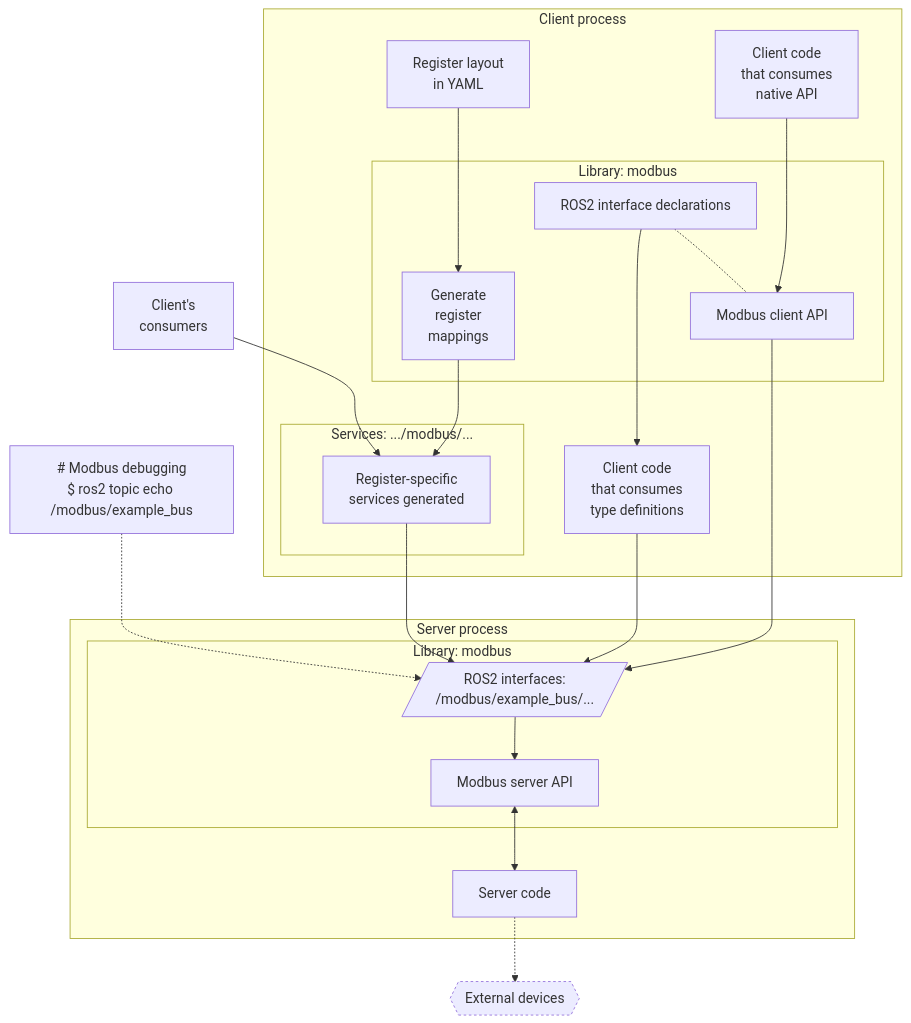
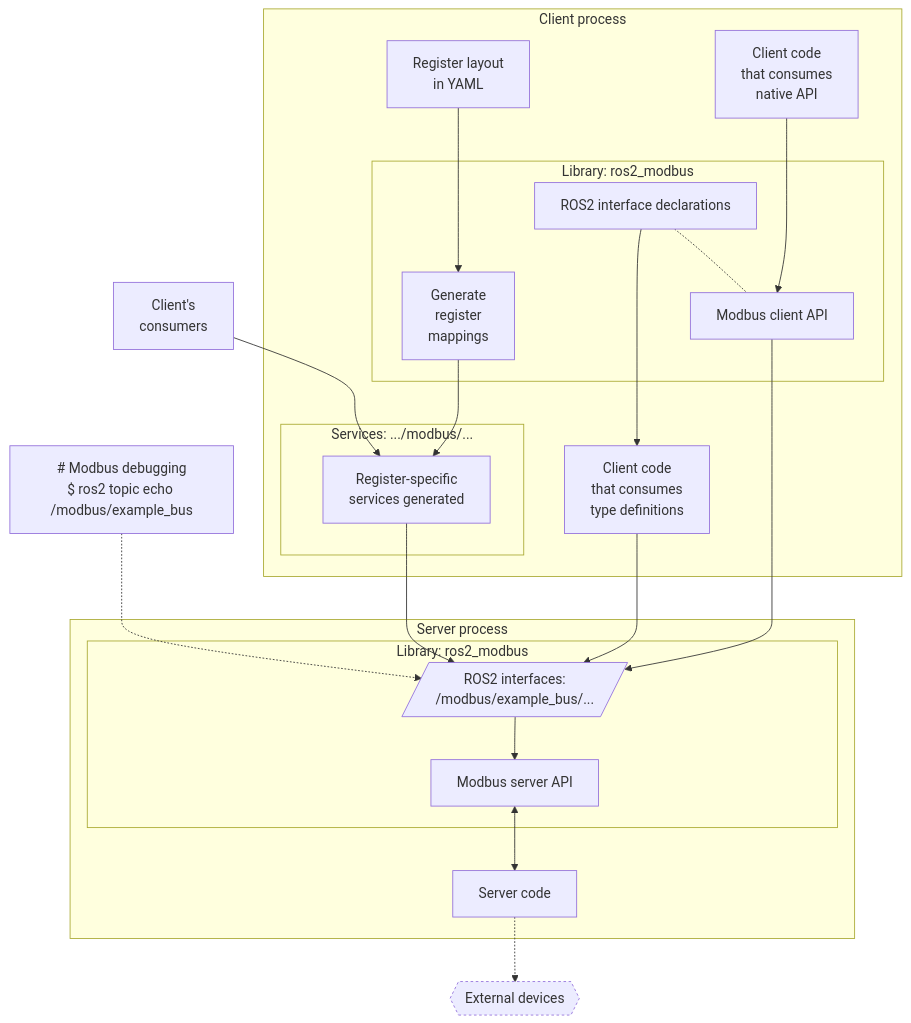
Before and after one commit to openvmp/modbus: the diagram in README.md, drawn with Mermaid. The commit also changed other lines of this file and 15 other files, not shown here.

````diff
--- a/README.md
+++ b/README.md
@@ -27,39 +27,39 @@
 ```mermaid
 flowchart TB
     cli_serial["# Modbus debugging\n$ ros2 topic echo /modbus/example_bus"] .-> topic_modbus[/ROS2 interfaces:\n/modbus/example_bus/.../]
-    subgraph modbus["Library: modbus"]
+    subgraph modbus["Library: ros2_modbus"]
       topic_modbus
     end
     users["Client's\nconsumers"]
     subgraph your_exe["Client process"]
       config["Register layout\nin YAML"]
       subgraph modbus_client_svcs["Services: .../modbus/..."]
         generated_services["Register-specific\nservices generated"]
         generated_services --> topic_modbus
       end
       code_dds["Client code\nthat consumes\ntype definitions"]
       code_api["Client code\nthat consumes\nnative API"]
       code_dds --> topic_modbus
-      subgraph modbus_client_lib["Library: modbus"]
+      subgraph modbus_client_lib["Library: ros2_modbus"]
         generate["Generate\nregister\nmappings"]
         modbus_topics["ROS2 interface declarations"]
         modbus_client["Modbus client API"]
         modbus_topics -.- modbus_client
       end
       config ---> generate
       modbus_topics ---> code_dds
       code_api ---> modbus_client
     end
     users --> generated_services
     generate --> generated_services
     modbus_client --> topic_modbus
     subgraph modbus_exe["Server process"]
       modbus_server["Modbus server API"]
       subgraph modbus
         topic_modbus --> modbus_server
       end
       modbus_server <--> server["Server code"]
     end
     server .-> device{{"External devices"}}
     style device stroke-dasharray: 3 3
 ```
````
